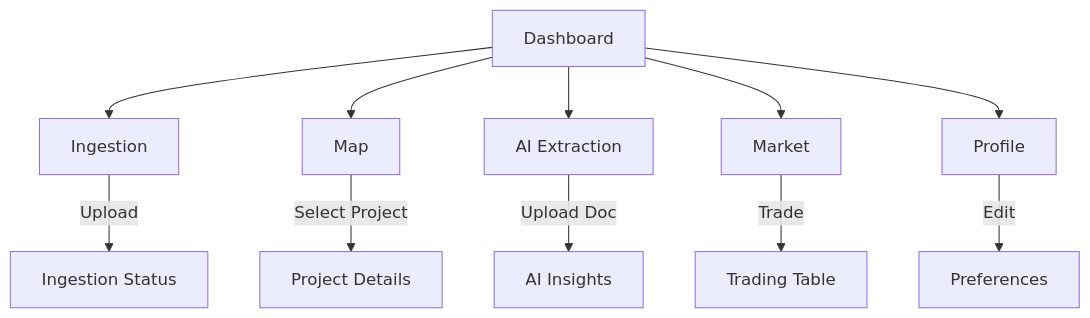
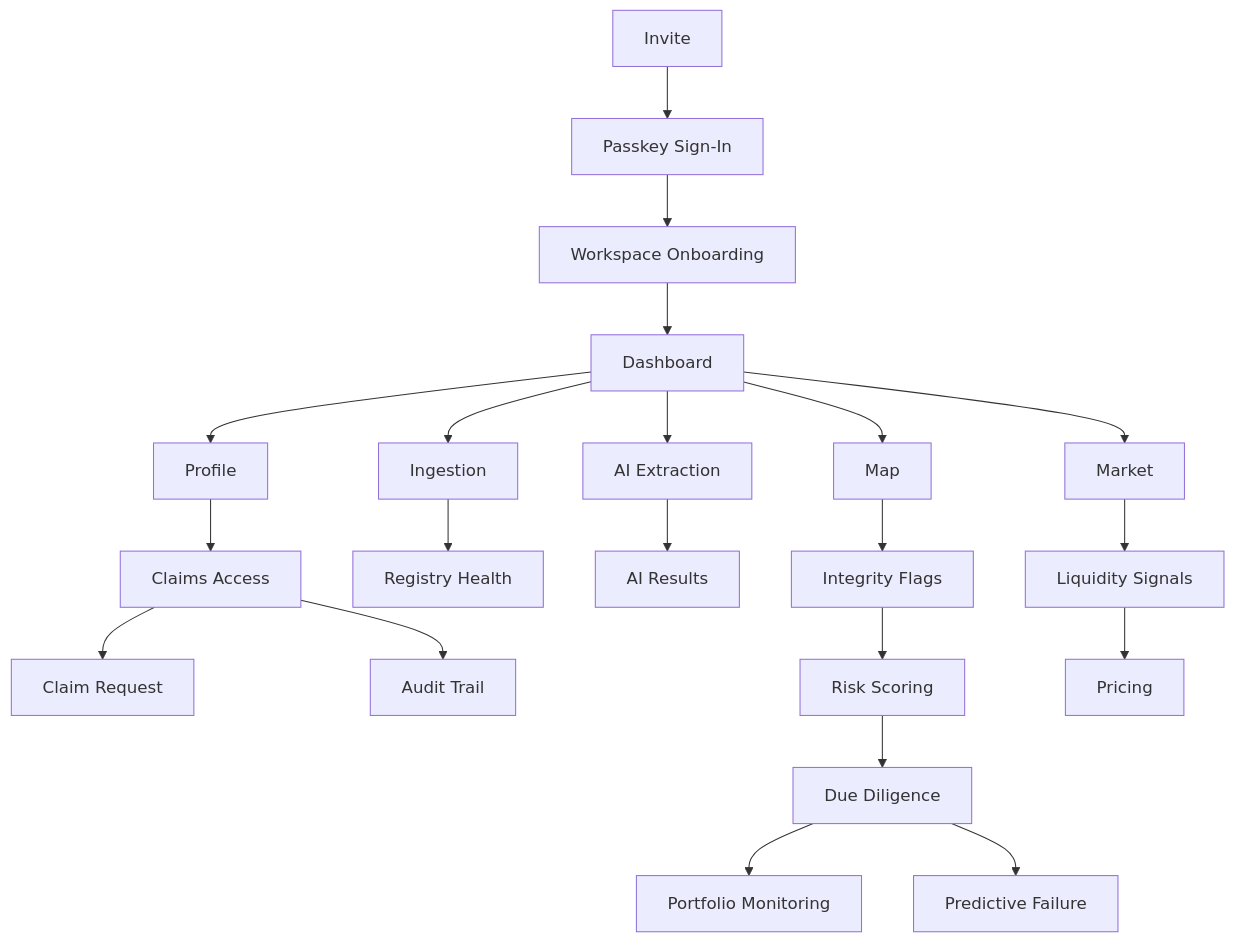
Before and after one commit to kimVanRenterghemNew/universal-carbon-intelligence-platform: the diagram in wireframes.md, drawn with Mermaid. The commit also changed other lines of this file and 33 other files, not shown here.

````diff
--- a/wireframes.md
+++ b/wireframes.md
@@ -557,13 +195,23 @@
 ```mermaid
 flowchart TD
+    S[Invite] --> T[Passkey Sign-In]
+    T --> U[Workspace Onboarding]
+    U --> A[Dashboard]
     A[Dashboard] --> B[Ingestion]
     A --> C[Map]
     A --> D[AI Extraction]
     A --> E[Market]
     A --> F[Profile]
-    B -->|Upload| B1[Ingestion Status]
-    C -->|Select Project| C1[Project Details]
-    D -->|Upload Doc| D1[AI Insights]
-    E -->|Trade| E1[Trading Table]
-    F -->|Edit| F1[Preferences]
+    F --> P[Claims Access]
+    P --> Q[Claim Request]
+    P --> R[Audit Trail]
+    B --> G[Registry Health]
+    D --> H[AI Results]
+    C --> I[Integrity Flags]
+    I --> J[Risk Scoring]
+    E --> K[Liquidity Signals]
+    K --> L[Pricing]
+    J --> M[Due Diligence]
+    M --> N[Portfolio Monitoring]
+    M --> O[Predictive Failure]
 ```
````
